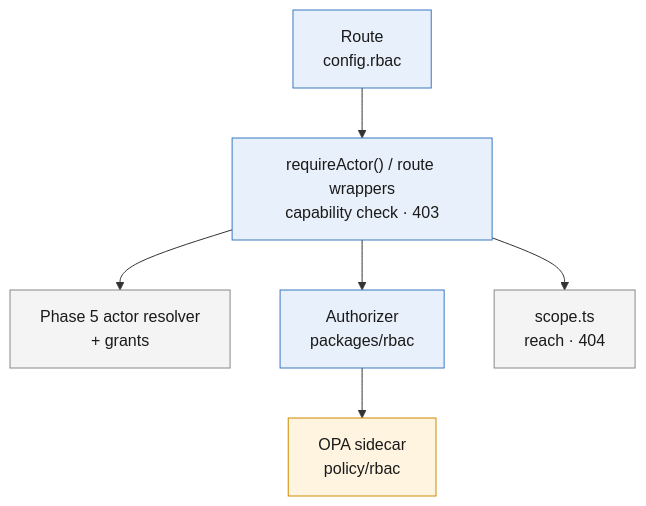
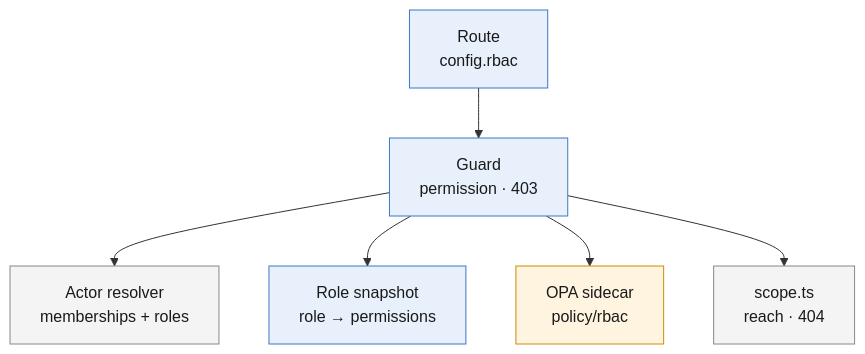
Before and after one commit to Blue-Dots-Economy/aggregator-dpg: the second of 2 diagrams in docs/rbac/rbac-implementation-plan.md, drawn with Mermaid. The commit also changed other lines of this file and 106 other files, not shown here.

First line of the commit message:
feat(rbac): roles and permissions per organisation (R3–R6)

````diff
--- a/docs/rbac/rbac-implementation-plan.md
+++ b/docs/rbac/rbac-implementation-plan.md
@@ -56,20 +66,20 @@
 ```mermaid
 flowchart TB
     ROUTE["Route<br/>config.rbac"]
-    GUARD["requireActor() / route wrappers<br/>capability check · 403"]
-    RES["Phase 5 actor resolver<br/>+ grants"]
-    AUTHZ["Authorizer<br/>packages/rbac"]
+    GUARD["Guard<br/>permission · 403"]
+    RES["Actor resolver<br/>memberships + roles"]
+    SNAP["Role snapshot<br/>role → permissions"]
     OPA["OPA sidecar<br/>policy/rbac"]
     SCOPE["scope.ts<br/>reach · 404"]
     ROUTE --> GUARD
     GUARD --> RES
-    GUARD --> AUTHZ
-    AUTHZ --> OPA
+    GUARD --> SNAP
+    GUARD --> OPA
     GUARD --> SCOPE
-    classDef code fill:#e8f1fb,stroke:#3b78c4,color:#1a1a1a
+    classDef rbac fill:#e8f1fb,stroke:#3b78c4,color:#1a1a1a
     classDef p5 fill:#f4f4f4,stroke:#888,color:#1a1a1a
     classDef run fill:#fff4e0,stroke:#d08a00,color:#1a1a1a
-    class ROUTE,GUARD,AUTHZ code
+    class ROUTE,GUARD,SNAP rbac
     class RES,SCOPE p5
     class OPA run
 ```
````
